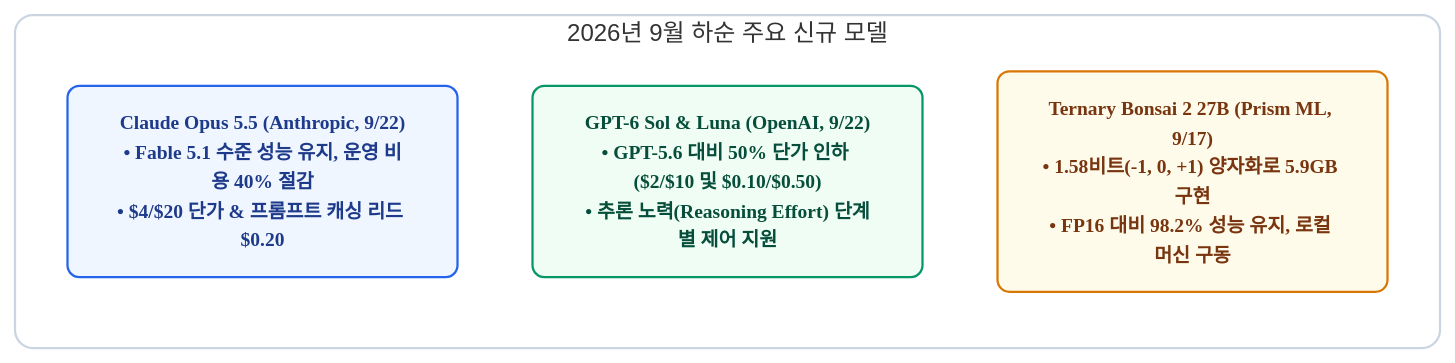
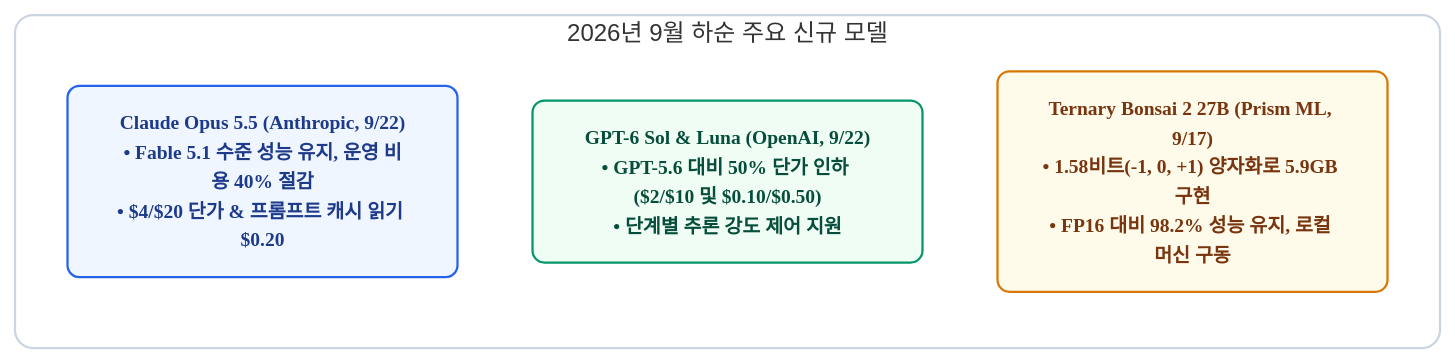
Before and after one commit to joincdream/joinc-edu-ai: the second of 9 diagrams in docs/research/market-trends/2026-09-27-market-trends.md, drawn with Mermaid. The commit also changed other lines of this file and 1 other file, not shown here.

````diff
--- a/docs/research/market-trends/2026-09-27-market-trends.md
+++ b/docs/research/market-trends/2026-09-27-market-trends.md
@@ -51,16 +51,16 @@
 ```mermaid
 flowchart LR
     classDef default font-family:Pretendard,sans-serif,font-size:13px;
     classDef claude fill:#eff6ff,stroke:#2563eb,stroke-width:1.5px,color:#1e3a8a,font-weight:bold,rx:8px;
     classDef openai fill:#f0fdf4,stroke:#059669,stroke-width:1.5px,color:#064e3b,font-weight:bold,rx:8px;
     classDef edge fill:#fffbeb,stroke:#d97706,stroke-width:1.5px,color:#78350f,font-weight:bold,rx:8px;
 
     subgraph ReleaseBattle["2026년 9월 하순 주요 신규 모델"]
         direction TB
-        C["<b>Claude Opus 5.5</b> (Anthropic, 9/22)<br/>• Fable 5.1 수준 성능 유지, 운영 비용 40% 절감<br/>• $4/$20 단가 & 프롬프트 캐싱 리드 $0.20"]:::claude
-        O["<b>GPT-6 Sol & Luna</b> (OpenAI, 9/22)<br/>• GPT-5.6 대비 50% 단가 인하 ($2/$10 및 $0.10/$0.50)<br/>• 추론 노력(Reasoning Effort) 단계별 제어 지원"]:::openai
+        C["<b>Claude Opus 5.5</b> (Anthropic, 9/22)<br/>• Fable 5.1 수준 성능 유지, 운영 비용 40% 절감<br/>• $4/$20 단가 & 프롬프트 캐시 읽기 $0.20"]:::claude
+        O["<b>GPT-6 Sol & Luna</b> (OpenAI, 9/22)<br/>• GPT-5.6 대비 50% 단가 인하 ($2/$10 및 $0.10/$0.50)<br/>• 단계별 추론 강도 제어 지원"]:::openai
         T["<b>Ternary Bonsai 2 27B</b> (Prism ML, 9/17)<br/>• 1.58비트(-1, 0, +1) 양자화로 5.9GB 구현<br/>• FP16 대비 98.2% 성능 유지, 로컬 머신 구동"]:::edge
     end
 
     style ReleaseBattle fill:#ffffff,stroke:#cbd5e1,stroke-width:1.5px,rx:12px
 ```
````
